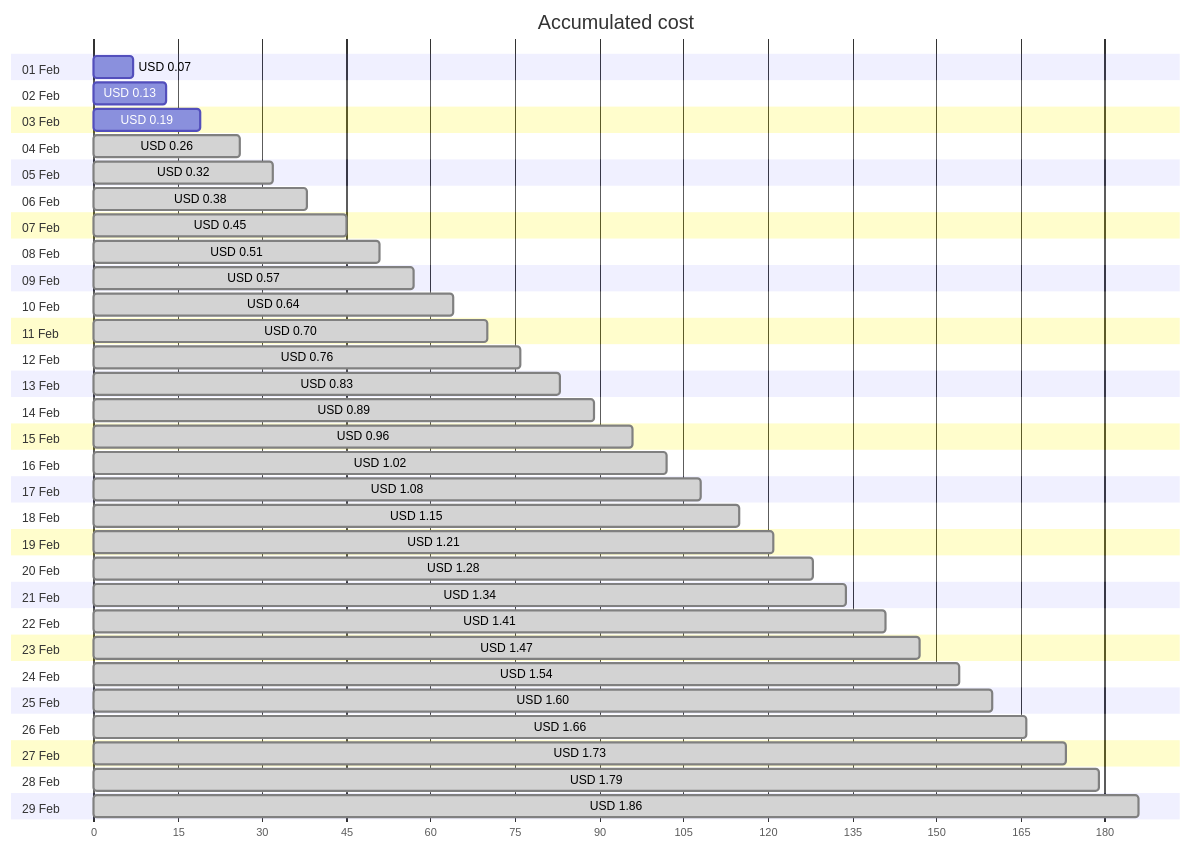
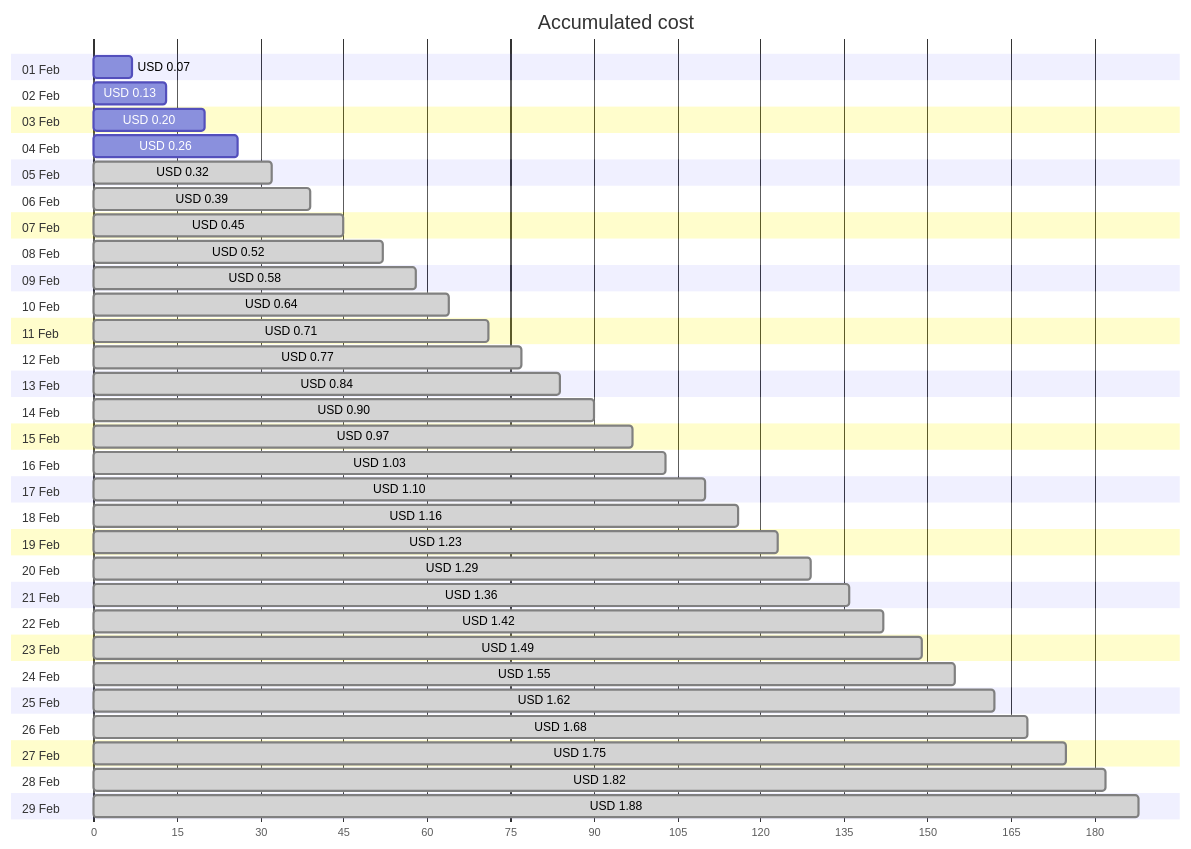
Before and after one commit to jpfulton/azure-personal-reports: the first of 4 diagrams in cost-reports/personal-network/vpn-server_OsDisk.md, drawn with Mermaid. The commit also changed other lines of this file and 8 other files, not shown here.

````diff
--- a/cost-reports/personal-network/vpn-server_OsDisk.md
+++ b/cost-reports/personal-network/vpn-server_OsDisk.md
@@ -20,64 +20,64 @@
 ```mermaid
 gantt
    title Accumulated cost
    dateFormat  X
    axisFormat %s
    section 01 Feb
    USD 0.07 :0, 7
    section 02 Feb
    USD 0.13 :0, 13
    section 03 Feb
-   USD 0.19 :0, 19
+   USD 0.20 :0, 20
    section 04 Feb
-   USD 0.26 : done, 0, 26
+   USD 0.26 :0, 26
    section 05 Feb
    USD 0.32 : done, 0, 32
    section 06 Feb
-   USD 0.38 : done, 0, 38
+   USD 0.39 : done, 0, 39
    section 07 Feb
    USD 0.45 : done, 0, 45
    section 08 Feb
-   USD 0.51 : done, 0, 51
+   USD 0.52 : done, 0, 52
    section 09 Feb
-   USD 0.57 : done, 0, 57
+   USD 0.58 : done, 0, 58
    section 10 Feb
    USD 0.64 : done, 0, 64
    section 11 Feb
-   USD 0.70 : done, 0, 70
+   USD 0.71 : done, 0, 71
    section 12 Feb
-   USD 0.76 : done, 0, 76
+   USD 0.77 : done, 0, 77
    section 13 Feb
-   USD 0.83 : done, 0, 83
+   USD 0.84 : done, 0, 84
    section 14 Feb
-   USD 0.89 : done, 0, 89
+   USD 0.90 : done, 0, 90
    section 15 Feb
-   USD 0.96 : done, 0, 96
+   USD 0.97 : done, 0, 97
    section 16 Feb
-   USD 1.02 : done, 0, 102
+   USD 1.03 : done, 0, 103
    section 17 Feb
-   USD 1.08 : done, 0, 108
+   USD 1.10 : done, 0, 110
    section 18 Feb
-   USD 1.15 : done, 0, 115
+   USD 1.16 : done, 0, 116
    section 19 Feb
-   USD 1.21 : done, 0, 121
+   USD 1.23 : done, 0, 123
    section 20 Feb
-   USD 1.28 : done, 0, 128
+   USD 1.29 : done, 0, 129
    section 21 Feb
-   USD 1.34 : done, 0, 134
+   USD 1.36 : done, 0, 136
    section 22 Feb
-   USD 1.41 : done, 0, 141
+   USD 1.42 : done, 0, 142
    section 23 Feb
-   USD 1.47 : done, 0, 147
+   USD 1.49 : done, 0, 149
    section 24 Feb
-   USD 1.54 : done, 0, 154
+   USD 1.55 : done, 0, 155
    section 25 Feb
-   USD 1.60 : done, 0, 160
+   USD 1.62 : done, 0, 162
    section 26 Feb
-   USD 1.66 : done, 0, 166
+   USD 1.68 : done, 0, 168
    section 27 Feb
-   USD 1.73 : done, 0, 173
+   USD 1.75 : done, 0, 175
    section 28 Feb
-   USD 1.79 : done, 0, 179
+   USD 1.82 : done, 0, 182
    section 29 Feb
-   USD 1.86 : done, 0, 186
+   USD 1.88 : done, 0, 188
 ```
````
